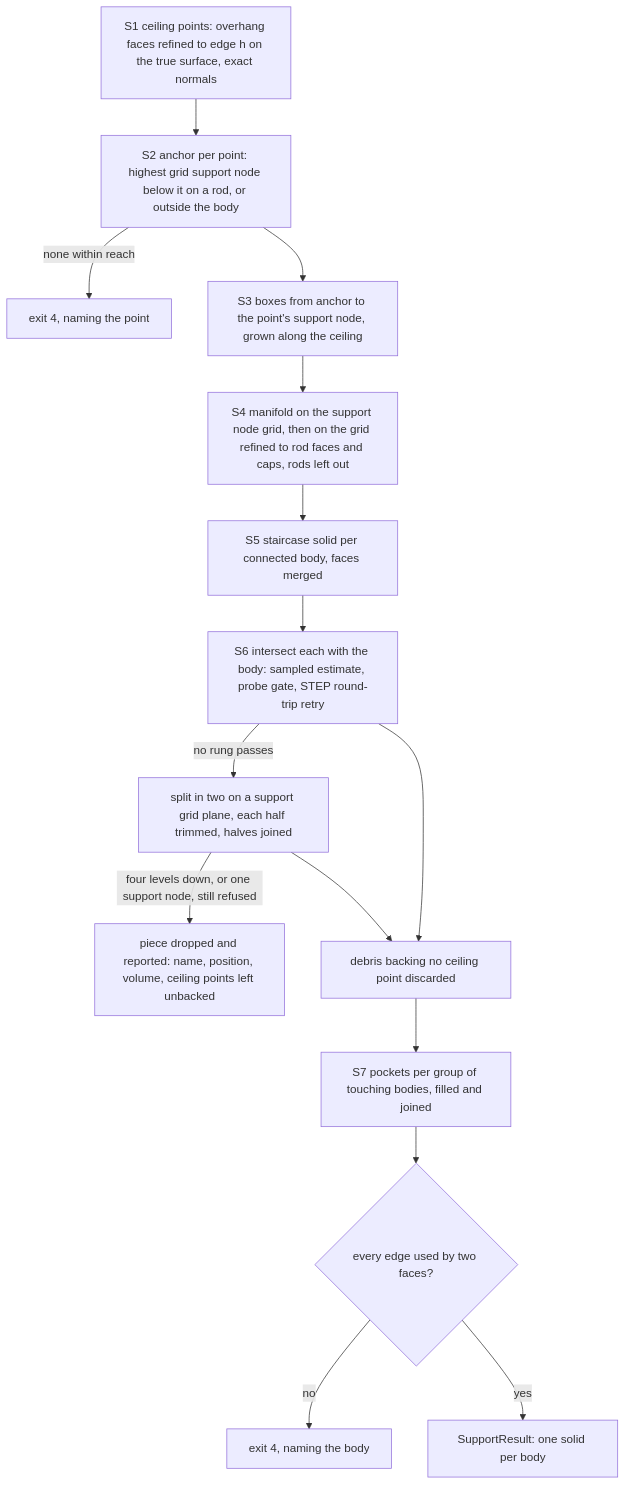
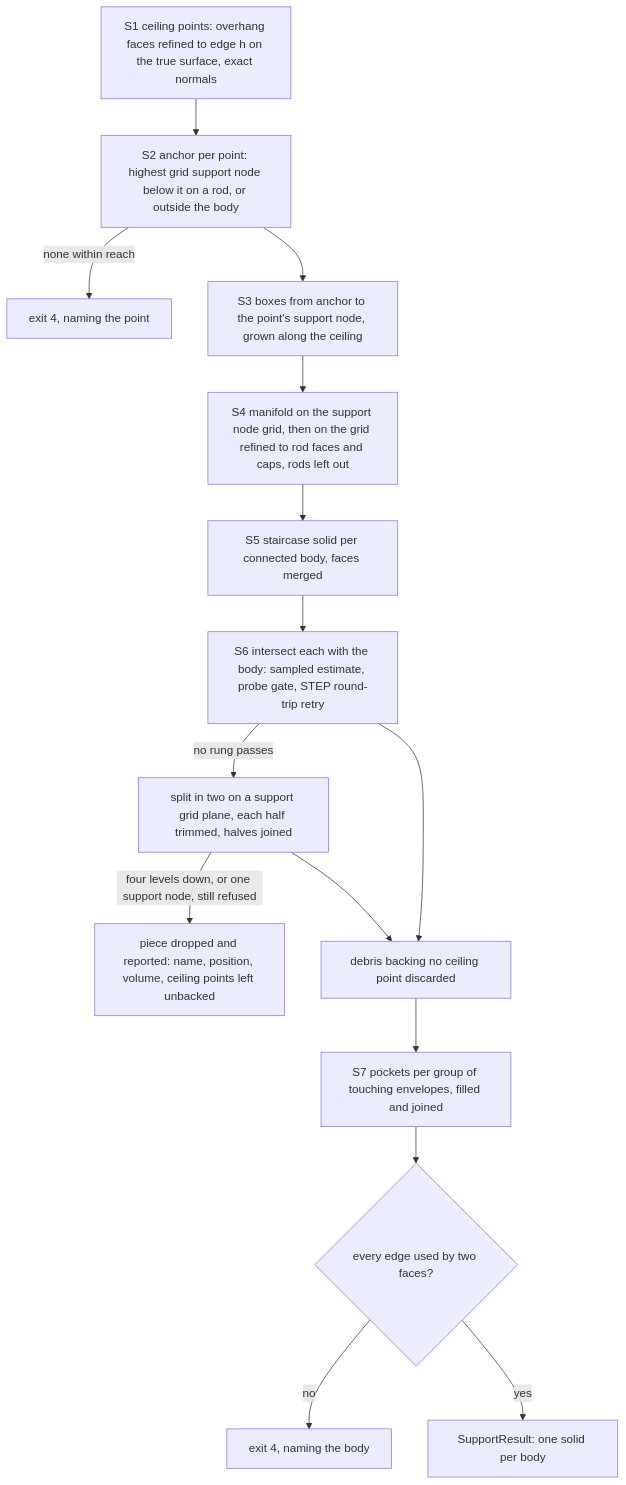
One commit to arnego/latticegen2 changed the third of 3 diagrams in docs/algorithm.md. Above: the diagram before and after it, drawn with Mermaid. The commit also changed other lines of this file and 5 other files, not shown here.

````diff
--- a/docs/algorithm.md
+++ b/docs/algorithm.md
@@ -2547,17 +2547,17 @@
 ```mermaid
 flowchart TD
     A[S1 ceiling points: overhang faces refined to edge h on the true surface, exact normals] --> B[S2 anchor per point: highest grid support node below it on a rod, or outside the body]
     B -->|none within reach| F1[exit 4, naming the point]
     B --> C[S3 boxes from anchor to the point's support node, grown along the ceiling]
     C --> D[S4 manifold on the support node grid, then on the grid refined to rod faces and caps, rods left out]
     D --> E[S5 staircase solid per connected body, faces merged]
     E --> G[S6 intersect each with the body: sampled estimate, probe gate, STEP round-trip retry]
     G -->|no rung passes| SP[split in two on a support grid plane, each half trimmed, halves joined]
     SP -->|four levels down, or one support node, still refused| F2[piece dropped and reported: name, position, volume, ceiling points left unbacked]
     SP --> H
     G --> H[debris backing no ceiling point discarded]
-    H --> P[S7 pockets per group of touching bodies, filled and joined]
+    H --> P[S7 pockets per group of touching envelopes, filled and joined]
     P --> M{every edge used by two faces?}
     M -->|no| F3[exit 4, naming the body]
     M -->|yes| Q[SupportResult: one solid per body]
 ```
````
